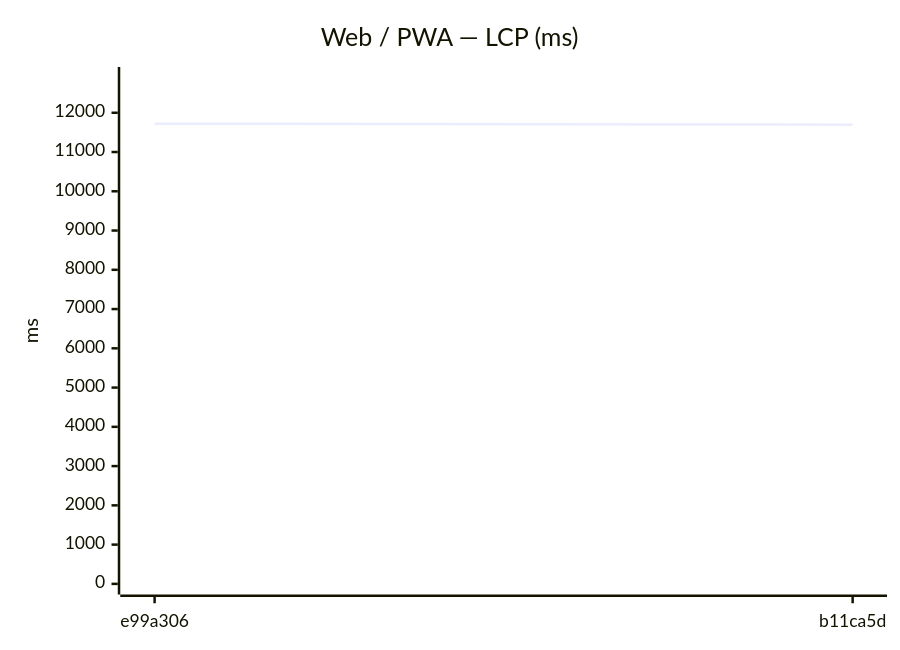
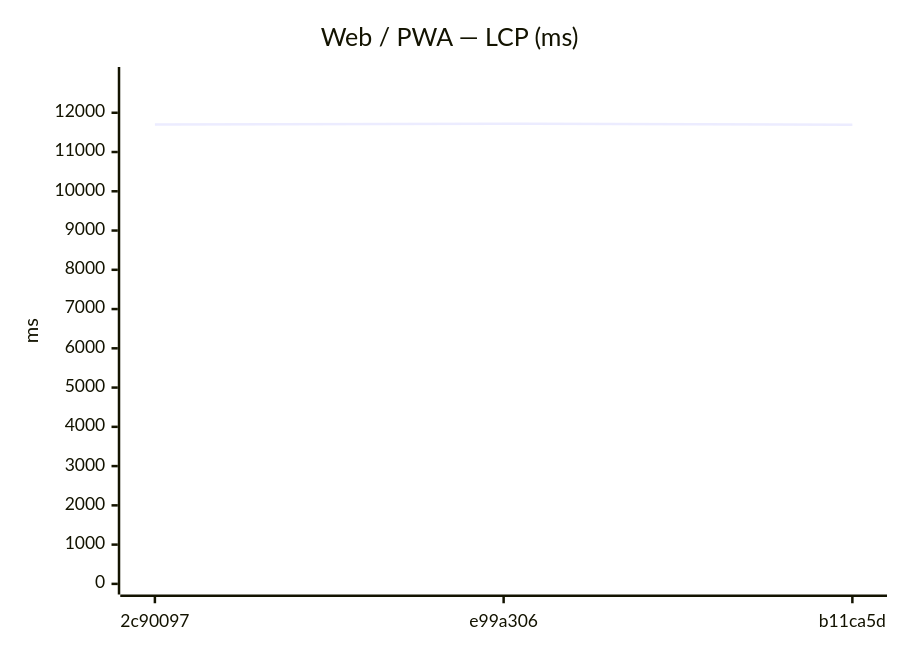
The first of 24 diagrams in Benchmarks/compare.md (Metaheurist/Rianell), drawn with Mermaid before and after one commit. The commit also changed other lines of this file and 12 other files, not shown here.

````diff
--- a/Benchmarks/compare.md
+++ b/Benchmarks/compare.md
@@ -16,7 +17,7 @@
 ```mermaid
 xychart-beta
     title "Web / PWA — LCP (ms)"
-    x-axis ["e99a306", "b11ca5d"]
+    x-axis ["2c90097", "e99a306", "b11ca5d"]
     y-axis "ms" 0 --> 12895
-    line [11722, 11697]
+    line [11703, 11722, 11697]
 ```
````
